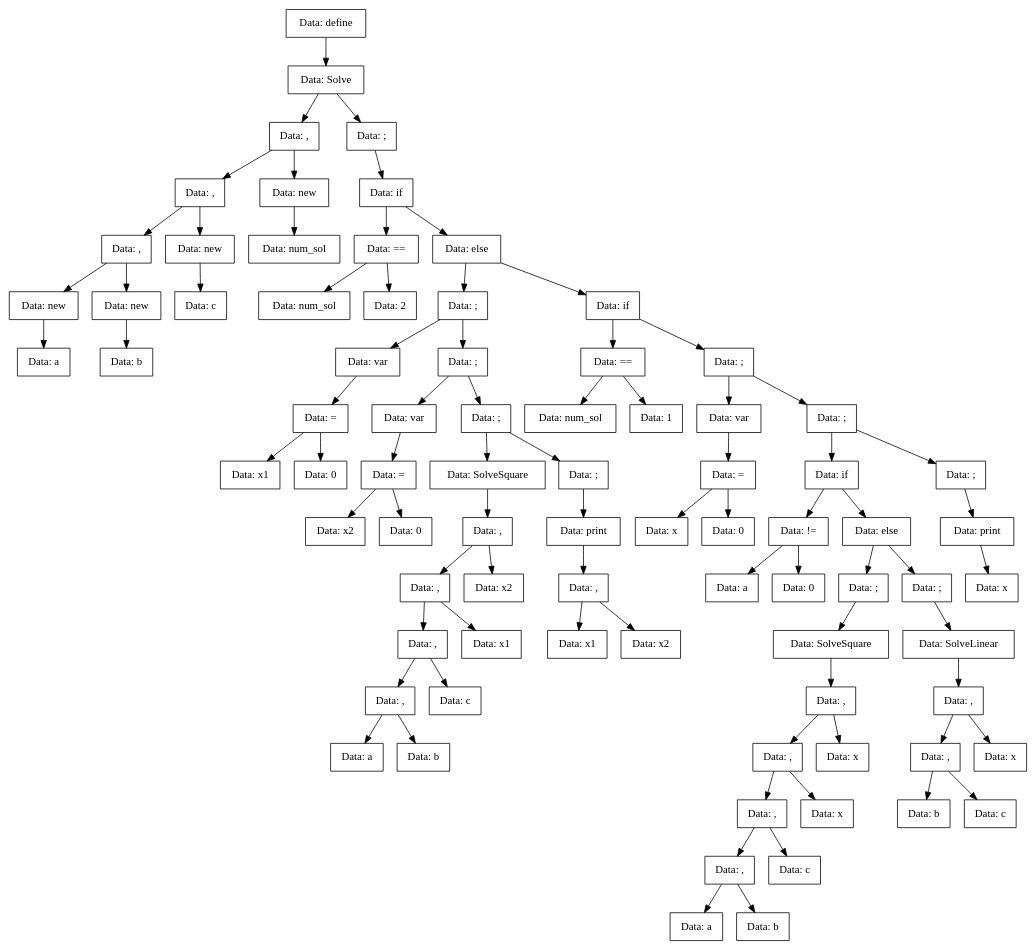
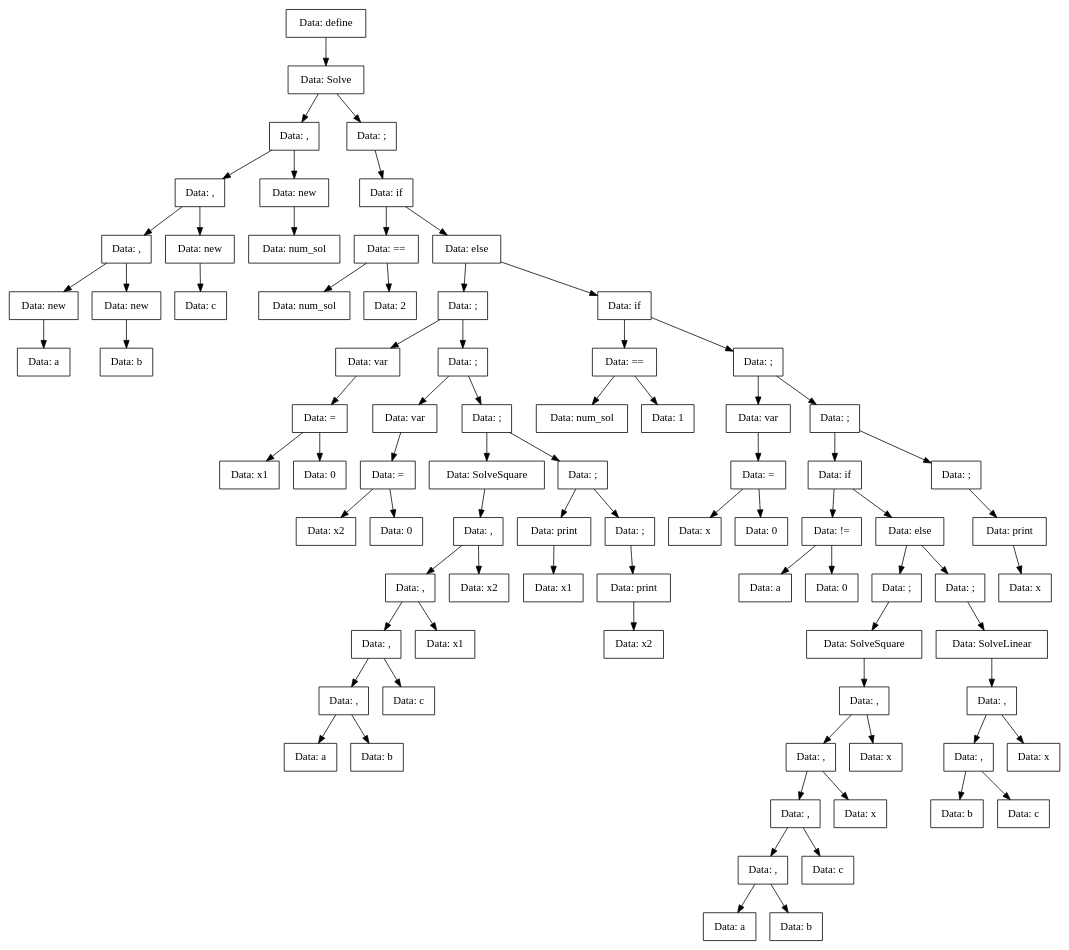
The diagram in TreeDump/Solve-utf8.dot (vorontsov-amd/Compiller), drawn with Graphviz before and after one commit. The commit also changed 36 other files, not shown here.

```diff
--- a/TreeDump/Solve-utf8.dot
+++ b/TreeDump/Solve-utf8.dot
@@ -1,163 +1,165 @@
 digraph Solve{
-Node0x55c429873820[shape="record", label="Data: define"];
-Node0x55c429873500[shape="record", label="Data: Solve"];
-Node0x55c429873640[shape="record", label="Data: ,"];
-Node0x55c429872dd0[shape="record", label="Data: ,"];
-Node0x55c4298732d0[shape="record", label="Data: ,"];
-Node0x55c429873280[shape="record", label="Data: new"];
-Node0x55c429873a50[shape="record", label="Data: a"];
-Node0x55c429873280->Node0x55c429873a50;
-Node0x55c4298732d0->Node0x55c429873280;
-Node0x55c429873550[shape="record", label="Data: new"];
-Node0x55c4298775a0[shape="record", label="Data: b"];
-Node0x55c429873550->Node0x55c4298775a0;
-Node0x55c4298732d0->Node0x55c429873550;
-Node0x55c429872dd0->Node0x55c4298732d0;
-Node0x55c429877410[shape="record", label="Data: new"];
-Node0x55c4298772d0[shape="record", label="Data: c"];
-Node0x55c429877410->Node0x55c4298772d0;
-Node0x55c429872dd0->Node0x55c429877410;
-Node0x55c429873640->Node0x55c429872dd0;
-Node0x55c429873050[shape="record", label="Data: new"];
-Node0x55c429872ec0[shape="record", label="Data: num_sol"];
-Node0x55c429873050->Node0x55c429872ec0;
-Node0x55c429873640->Node0x55c429873050;
-Node0x55c429873500->Node0x55c429873640;
-Node0x55c4298730f0[shape="record", label="Data: ;"];
-Node0x55c429872e20[shape="record", label="Data: if"];
-Node0x55c429877d20[shape="record", label="Data: =="];
-Node0x55c429877b90[shape="record", label="Data: num_sol"];
-Node0x55c429877d20->Node0x55c429877b90;
-Node0x55c429877b40[shape="record", label="Data: 2"];
-Node0x55c429877d20->Node0x55c429877b40;
-Node0x55c429872e20->Node0x55c429877d20;
-Node0x55c429877af0[shape="record", label="Data: else"];
-Node0x55c429877730[shape="record", label="Data: ;"];
-Node0x55c4298775f0[shape="record", label="Data: var"];
-Node0x55c429877dc0[shape="record", label="Data: ="];
-Node0x55c429877d70[shape="record", label="Data: x1"];
-Node0x55c429877dc0->Node0x55c429877d70;
-Node0x55c429877cd0[shape="record", label="Data: 0"];
-Node0x55c429877dc0->Node0x55c429877cd0;
-Node0x55c4298775f0->Node0x55c429877dc0;
-Node0x55c429877730->Node0x55c4298775f0;
-Node0x55c429877aa0[shape="record", label="Data: ;"];
-Node0x55c429877820[shape="record", label="Data: var"];
-Node0x55c4298777d0[shape="record", label="Data: ="];
-Node0x55c429877780[shape="record", label="Data: x2"];
-Node0x55c4298777d0->Node0x55c429877780;
-Node0x55c429877c30[shape="record", label="Data: 0"];
-Node0x55c4298777d0->Node0x55c429877c30;
-Node0x55c429877820->Node0x55c4298777d0;
-Node0x55c429877aa0->Node0x55c429877820;
-Node0x55c429877c80[shape="record", label="Data: ;"];
-Node0x55c429877be0[shape="record", label="Data: SolveSquare"];
-Node0x55c429877870[shape="record", label="Data: ,"];
-Node0x55c429877640[shape="record", label="Data: ,"];
-Node0x55c429877960[shape="record", label="Data: ,"];
-Node0x55c4298779b0[shape="record", label="Data: ,"];
-Node0x55c429877910[shape="record", label="Data: a"];
-Node0x55c4298779b0->Node0x55c429877910;
-Node0x55c429877a00[shape="record", label="Data: b"];
-Node0x55c4298779b0->Node0x55c429877a00;
-Node0x55c429877960->Node0x55c4298779b0;
-Node0x55c4298778c0[shape="record", label="Data: c"];
-Node0x55c429877960->Node0x55c4298778c0;
-Node0x55c429877640->Node0x55c429877960;
-Node0x55c429877a50[shape="record", label="Data: x1"];
-Node0x55c429877640->Node0x55c429877a50;
-Node0x55c429877870->Node0x55c429877640;
-Node0x55c4298776e0[shape="record", label="Data: x2"];
-Node0x55c429877870->Node0x55c4298776e0;
-Node0x55c429877be0->Node0x55c429877870;
-Node0x55c429877c80->Node0x55c429877be0;
-Node0x55c4298773c0[shape="record", label="Data: ;"];
-Node0x55c429877320[shape="record", label="Data: print"];
-Node0x55c429877500[shape="record", label="Data: ,"];
-Node0x55c429877550[shape="record", label="Data: x1"];
-Node0x55c429877500->Node0x55c429877550;
-Node0x55c4298774b0[shape="record", label="Data: x2"];
-Node0x55c429877500->Node0x55c4298774b0;
-Node0x55c429877320->Node0x55c429877500;
-Node0x55c4298773c0->Node0x55c429877320;
-Node0x55c429877c80->Node0x55c4298773c0;
-Node0x55c429877aa0->Node0x55c429877c80;
-Node0x55c429877730->Node0x55c429877aa0;
-Node0x55c429877af0->Node0x55c429877730;
-Node0x55c429877460[shape="record", label="Data: if"];
-Node0x55c429877690[shape="record", label="Data: =="];
-Node0x55c429877370[shape="record", label="Data: num_sol"];
-Node0x55c429877690->Node0x55c429877370;
-Node0x55c429877280[shape="record", label="Data: 1"];
-Node0x55c429877690->Node0x55c429877280;
-Node0x55c429877460->Node0x55c429877690;
-Node0x55c4298771e0[shape="record", label="Data: ;"];
-Node0x55c429875f80[shape="record", label="Data: var"];
-Node0x55c429873230[shape="record", label="Data: ="];
-Node0x55c429872fb0[shape="record", label="Data: x"];
-Node0x55c429873230->Node0x55c429872fb0;
-Node0x55c429875ee0[shape="record", label="Data: 0"];
-Node0x55c429873230->Node0x55c429875ee0;
-Node0x55c429875f80->Node0x55c429873230;
-Node0x55c4298771e0->Node0x55c429875f80;
-Node0x55c4298733c0[shape="record", label="Data: ;"];
-Node0x55c429877230[shape="record", label="Data: if"];
-Node0x55c4298737d0[shape="record", label="Data: !="];
-Node0x55c429873780[shape="record", label="Data: a"];
-Node0x55c4298737d0->Node0x55c429873780;
-Node0x55c4298735f0[shape="record", label="Data: 0"];
-Node0x55c4298737d0->Node0x55c4298735f0;
-Node0x55c429877230->Node0x55c4298737d0;
-Node0x55c429873460[shape="record", label="Data: else"];
-Node0x55c4298736e0[shape="record", label="Data: ;"];
-Node0x55c429875fd0[shape="record", label="Data: SolveSquare"];
-Node0x55c4298734b0[shape="record", label="Data: ,"];
-Node0x55c429873140[shape="record", label="Data: ,"];
-Node0x55c429875e90[shape="record", label="Data: ,"];
-Node0x55c429876070[shape="record", label="Data: ,"];
-Node0x55c429876160[shape="record", label="Data: a"];
-Node0x55c429876070->Node0x55c429876160;
-Node0x55c429873000[shape="record", label="Data: b"];
-Node0x55c429876070->Node0x55c429873000;
-Node0x55c429875e90->Node0x55c429876070;
-Node0x55c429873a00[shape="record", label="Data: c"];
-Node0x55c429875e90->Node0x55c429873a00;
-Node0x55c429873140->Node0x55c429875e90;
-Node0x55c429873730[shape="record", label="Data: x"];
-Node0x55c429873140->Node0x55c429873730;
-Node0x55c4298734b0->Node0x55c429873140;
-Node0x55c429872f10[shape="record", label="Data: x"];
-Node0x55c4298734b0->Node0x55c429872f10;
-Node0x55c429875fd0->Node0x55c4298734b0;
-Node0x55c4298736e0->Node0x55c429875fd0;
-Node0x55c429873460->Node0x55c4298736e0;
-Node0x55c429873690[shape="record", label="Data: ;"];
-Node0x55c4298760c0[shape="record", label="Data: SolveLinear"];
-Node0x55c429872d80[shape="record", label="Data: ,"];
-Node0x55c429876110[shape="record", label="Data: ,"];
-Node0x55c429875f30[shape="record", label="Data: b"];
-Node0x55c429876110->Node0x55c429875f30;
-Node0x55c429873870[shape="record", label="Data: c"];
-Node0x55c429876110->Node0x55c429873870;
-Node0x55c429872d80->Node0x55c429876110;
-Node0x55c4298761b0[shape="record", label="Data: x"];
-Node0x55c429872d80->Node0x55c4298761b0;
-Node0x55c4298760c0->Node0x55c429872d80;
-Node0x55c429873690->Node0x55c4298760c0;
-Node0x55c429873460->Node0x55c429873690;
-Node0x55c429877230->Node0x55c429873460;
-Node0x55c4298733c0->Node0x55c429877230;
-Node0x55c429873960[shape="record", label="Data: ;"];
-Node0x55c429873320[shape="record", label="Data: print"];
-Node0x55c429876020[shape="record", label="Data: x"];
-Node0x55c429873320->Node0x55c429876020;
-Node0x55c429873960->Node0x55c429873320;
-Node0x55c4298733c0->Node0x55c429873960;
-Node0x55c4298771e0->Node0x55c4298733c0;
-Node0x55c429877460->Node0x55c4298771e0;
-Node0x55c429877af0->Node0x55c429877460;
-Node0x55c429872e20->Node0x55c429877af0;
-Node0x55c4298730f0->Node0x55c429872e20;
-Node0x55c429873500->Node0x55c4298730f0;
-Node0x55c429873820->Node0x55c429873500;
+Node0x562fe48889d0[shape="record", label="Data: define"];
+Node0x562fe4888980[shape="record", label="Data: Solve"];
+Node0x562fe48890b0[shape="record", label="Data: ,"];
+Node0x562fe48893d0[shape="record", label="Data: ,"];
+Node0x562fe4889010[shape="record", label="Data: ,"];
+Node0x562fe4888e80[shape="record", label="Data: new"];
+Node0x562fe48892e0[shape="record", label="Data: a"];
+Node0x562fe4888e80->Node0x562fe48892e0;
+Node0x562fe4889010->Node0x562fe4888e80;
+Node0x562fe4888fc0[shape="record", label="Data: new"];
+Node0x562fe488cee0[shape="record", label="Data: b"];
+Node0x562fe4888fc0->Node0x562fe488cee0;
+Node0x562fe4889010->Node0x562fe4888fc0;
+Node0x562fe48893d0->Node0x562fe4889010;
+Node0x562fe488cd50[shape="record", label="Data: new"];
+Node0x562fe488cc10[shape="record", label="Data: c"];
+Node0x562fe488cd50->Node0x562fe488cc10;
+Node0x562fe48893d0->Node0x562fe488cd50;
+Node0x562fe48890b0->Node0x562fe48893d0;
+Node0x562fe4889150[shape="record", label="Data: new"];
+Node0x562fe4888a70[shape="record", label="Data: num_sol"];
+Node0x562fe4889150->Node0x562fe4888a70;
+Node0x562fe48890b0->Node0x562fe4889150;
+Node0x562fe4888980->Node0x562fe48890b0;
+Node0x562fe4888cf0[shape="record", label="Data: ;"];
+Node0x562fe4888930[shape="record", label="Data: if"];
+Node0x562fe488d660[shape="record", label="Data: =="];
+Node0x562fe488d4d0[shape="record", label="Data: num_sol"];
+Node0x562fe488d660->Node0x562fe488d4d0;
+Node0x562fe488d480[shape="record", label="Data: 2"];
+Node0x562fe488d660->Node0x562fe488d480;
+Node0x562fe4888930->Node0x562fe488d660;
+Node0x562fe488d430[shape="record", label="Data: else"];
+Node0x562fe488d070[shape="record", label="Data: ;"];
+Node0x562fe488cf30[shape="record", label="Data: var"];
+Node0x562fe488d700[shape="record", label="Data: ="];
+Node0x562fe488d6b0[shape="record", label="Data: x1"];
+Node0x562fe488d700->Node0x562fe488d6b0;
+Node0x562fe488d610[shape="record", label="Data: 0"];
+Node0x562fe488d700->Node0x562fe488d610;
+Node0x562fe488cf30->Node0x562fe488d700;
+Node0x562fe488d070->Node0x562fe488cf30;
+Node0x562fe488d3e0[shape="record", label="Data: ;"];
+Node0x562fe488d160[shape="record", label="Data: var"];
+Node0x562fe488d110[shape="record", label="Data: ="];
+Node0x562fe488d0c0[shape="record", label="Data: x2"];
+Node0x562fe488d110->Node0x562fe488d0c0;
+Node0x562fe488d570[shape="record", label="Data: 0"];
+Node0x562fe488d110->Node0x562fe488d570;
+Node0x562fe488d160->Node0x562fe488d110;
+Node0x562fe488d3e0->Node0x562fe488d160;
+Node0x562fe488d5c0[shape="record", label="Data: ;"];
+Node0x562fe488d520[shape="record", label="Data: SolveSquare"];
+Node0x562fe488d1b0[shape="record", label="Data: ,"];
+Node0x562fe488cf80[shape="record", label="Data: ,"];
+Node0x562fe488d2a0[shape="record", label="Data: ,"];
+Node0x562fe488d2f0[shape="record", label="Data: ,"];
+Node0x562fe488d250[shape="record", label="Data: a"];
+Node0x562fe488d2f0->Node0x562fe488d250;
+Node0x562fe488d340[shape="record", label="Data: b"];
+Node0x562fe488d2f0->Node0x562fe488d340;
+Node0x562fe488d2a0->Node0x562fe488d2f0;
+Node0x562fe488d200[shape="record", label="Data: c"];
+Node0x562fe488d2a0->Node0x562fe488d200;
+Node0x562fe488cf80->Node0x562fe488d2a0;
+Node0x562fe488d390[shape="record", label="Data: x1"];
+Node0x562fe488cf80->Node0x562fe488d390;
+Node0x562fe488d1b0->Node0x562fe488cf80;
+Node0x562fe488d020[shape="record", label="Data: x2"];
+Node0x562fe488d1b0->Node0x562fe488d020;
+Node0x562fe488d520->Node0x562fe488d1b0;
+Node0x562fe488d5c0->Node0x562fe488d520;
+Node0x562fe488cd00[shape="record", label="Data: ;"];
+Node0x562fe488cc60[shape="record", label="Data: print"];
+Node0x562fe488ce40[shape="record", label="Data: x1"];
+Node0x562fe488cc60->Node0x562fe488ce40;
+Node0x562fe488cd00->Node0x562fe488cc60;
+Node0x562fe488ce90[shape="record", label="Data: ;"];
+Node0x562fe488cdf0[shape="record", label="Data: print"];
+Node0x562fe488cda0[shape="record", label="Data: x2"];
+Node0x562fe488cdf0->Node0x562fe488cda0;
+Node0x562fe488ce90->Node0x562fe488cdf0;
+Node0x562fe488cd00->Node0x562fe488ce90;
+Node0x562fe488d5c0->Node0x562fe488cd00;
+Node0x562fe488d3e0->Node0x562fe488d5c0;
+Node0x562fe488d070->Node0x562fe488d3e0;
+Node0x562fe488d430->Node0x562fe488d070;
+Node0x562fe488cfd0[shape="record", label="Data: if"];
+Node0x562fe488ccb0[shape="record", label="Data: =="];
+Node0x562fe488cbc0[shape="record", label="Data: num_sol"];
+Node0x562fe488ccb0->Node0x562fe488cbc0;
+Node0x562fe488cb70[shape="record", label="Data: 1"];
+Node0x562fe488ccb0->Node0x562fe488cb70;
+Node0x562fe488cfd0->Node0x562fe488ccb0;
+Node0x562fe488cb20[shape="record", label="Data: ;"];
+Node0x562fe48891a0[shape="record", label="Data: var"];
+Node0x562fe4888bb0[shape="record", label="Data: ="];
+Node0x562fe488b7d0[shape="record", label="Data: x"];
+Node0x562fe4888bb0->Node0x562fe488b7d0;
+Node0x562fe4888c50[shape="record", label="Data: 0"];
+Node0x562fe4888bb0->Node0x562fe4888c50;
+Node0x562fe48891a0->Node0x562fe4888bb0;
+Node0x562fe488cb20->Node0x562fe48891a0;
+Node0x562fe488b870[shape="record", label="Data: ;"];
+Node0x562fe4888e30[shape="record", label="Data: if"];
+Node0x562fe4888d90[shape="record", label="Data: !="];
+Node0x562fe4888a20[shape="record", label="Data: a"];
+Node0x562fe4888d90->Node0x562fe4888a20;
+Node0x562fe4888ac0[shape="record", label="Data: 0"];
+Node0x562fe4888d90->Node0x562fe4888ac0;
+Node0x562fe4888e30->Node0x562fe4888d90;
+Node0x562fe488b8c0[shape="record", label="Data: else"];
+Node0x562fe4889060[shape="record", label="Data: ;"];
+Node0x562fe488cad0[shape="record", label="Data: SolveSquare"];
+Node0x562fe48891f0[shape="record", label="Data: ,"];
+Node0x562fe488b960[shape="record", label="Data: ,"];
+Node0x562fe488ba50[shape="record", label="Data: ,"];
+Node0x562fe4888f20[shape="record", label="Data: ,"];
+Node0x562fe4888ed0[shape="record", label="Data: a"];
+Node0x562fe4888f20->Node0x562fe4888ed0;
+Node0x562fe4888ca0[shape="record", label="Data: b"];
+Node0x562fe4888f20->Node0x562fe4888ca0;
+Node0x562fe488ba50->Node0x562fe4888f20;
+Node0x562fe4888b10[shape="record", label="Data: c"];
+Node0x562fe488ba50->Node0x562fe4888b10;
+Node0x562fe488b960->Node0x562fe488ba50;
+Node0x562fe4888d40[shape="record", label="Data: x"];
+Node0x562fe488b960->Node0x562fe4888d40;
+Node0x562fe48891f0->Node0x562fe488b960;
+Node0x562fe488b780[shape="record", label="Data: x"];
+Node0x562fe48891f0->Node0x562fe488b780;
+Node0x562fe488cad0->Node0x562fe48891f0;
+Node0x562fe4889060->Node0x562fe488cad0;
+Node0x562fe488b8c0->Node0x562fe4889060;
+Node0x562fe4888de0[shape="record", label="Data: ;"];
+Node0x562fe488ba00[shape="record", label="Data: SolveLinear"];
+Node0x562fe488b820[shape="record", label="Data: ,"];
+Node0x562fe4888c00[shape="record", label="Data: ,"];
+Node0x562fe488baa0[shape="record", label="Data: b"];
+Node0x562fe4888c00->Node0x562fe488baa0;
+Node0x562fe4889290[shape="record", label="Data: c"];
+Node0x562fe4888c00->Node0x562fe4889290;
+Node0x562fe488b820->Node0x562fe4888c00;
+Node0x562fe4888f70[shape="record", label="Data: x"];
+Node0x562fe488b820->Node0x562fe4888f70;
+Node0x562fe488ba00->Node0x562fe488b820;
+Node0x562fe4888de0->Node0x562fe488ba00;
+Node0x562fe488b8c0->Node0x562fe4888de0;
+Node0x562fe4888e30->Node0x562fe488b8c0;
+Node0x562fe488b870->Node0x562fe4888e30;
+Node0x562fe488b9b0[shape="record", label="Data: ;"];
+Node0x562fe488b910[shape="record", label="Data: print"];
+Node0x562fe4889100[shape="record", label="Data: x"];
+Node0x562fe488b910->Node0x562fe4889100;
+Node0x562fe488b9b0->Node0x562fe488b910;
+Node0x562fe488b870->Node0x562fe488b9b0;
+Node0x562fe488cb20->Node0x562fe488b870;
+Node0x562fe488cfd0->Node0x562fe488cb20;
+Node0x562fe488d430->Node0x562fe488cfd0;
+Node0x562fe4888930->Node0x562fe488d430;
+Node0x562fe4888cf0->Node0x562fe4888930;
+Node0x562fe4888980->Node0x562fe4888cf0;
+Node0x562fe48889d0->Node0x562fe4888980;
 }
```
